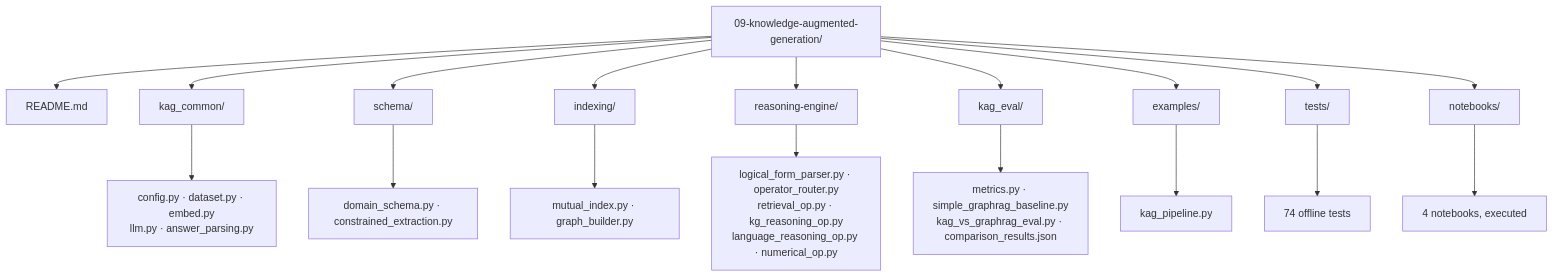
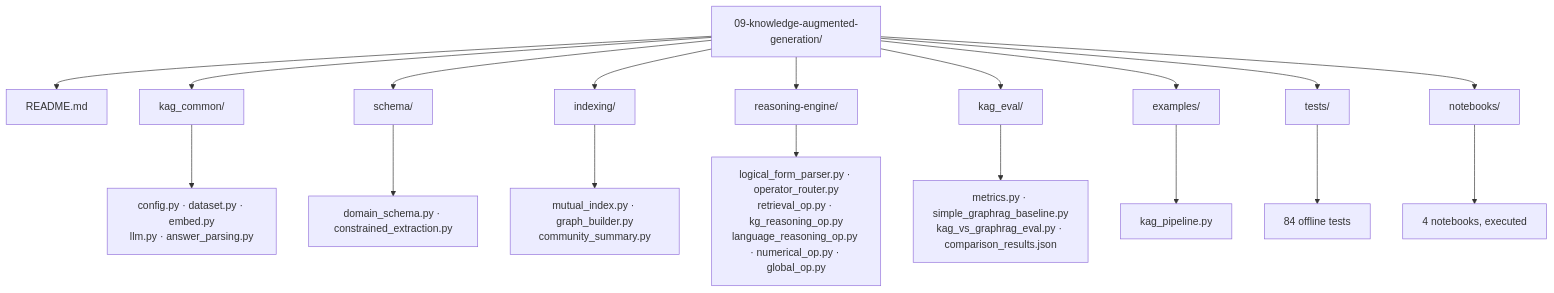
One commit to YessineZghal/RAG_Specialization_project changed the third of 3 diagrams in 09-knowledge-augmented-generation/README.md. Above: the diagram before and after it, drawn with Mermaid. The commit also changed other lines of this file and 35 other files, not shown here.

First line of the commit message:
Add tests for table statistics, reindexing, and community summarization

````diff
--- a/09-knowledge-augmented-generation/README.md
+++ b/09-knowledge-augmented-generation/README.md
@@ -124,21 +124,21 @@
 ```mermaid
 flowchart TD
     ROOT["09-knowledge-augmented-generation/"] --> README["README.md"]
     ROOT --> KC["kag_common/"]
     ROOT --> SCHEMA["schema/"]
     ROOT --> IDX["indexing/"]
     ROOT --> REASON["reasoning-engine/"]
     ROOT --> EV["kag_eval/"]
     ROOT --> EX["examples/"]
     ROOT --> TE["tests/"]
     ROOT --> NB["notebooks/"]
 
     KC --> KC1["config.py · dataset.py · embed.py<br/>llm.py · answer_parsing.py"]
     SCHEMA --> S1["domain_schema.py · constrained_extraction.py"]
-    IDX --> I1["mutual_index.py · graph_builder.py"]
-    REASON --> R1["logical_form_parser.py · operator_router.py<br/>retrieval_op.py · kg_reasoning_op.py<br/>language_reasoning_op.py · numerical_op.py"]
+    IDX --> I1["mutual_index.py · graph_builder.py<br/>community_summary.py"]
+    REASON --> R1["logical_form_parser.py · operator_router.py<br/>retrieval_op.py · kg_reasoning_op.py<br/>language_reasoning_op.py · numerical_op.py · global_op.py"]
     EV --> EV1["metrics.py · simple_graphrag_baseline.py<br/>kag_vs_graphrag_eval.py · comparison_results.json"]
     EX --> EX1["kag_pipeline.py"]
-    TE --> TE1["74 offline tests"]
+    TE --> TE1["84 offline tests"]
     NB --> N1["4 notebooks, executed"]
 ```
````
